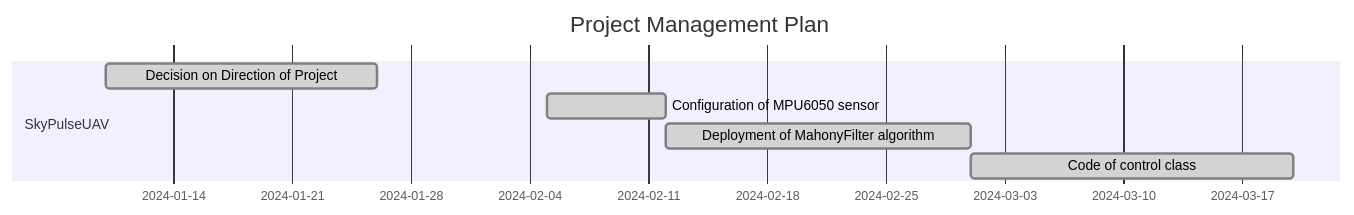
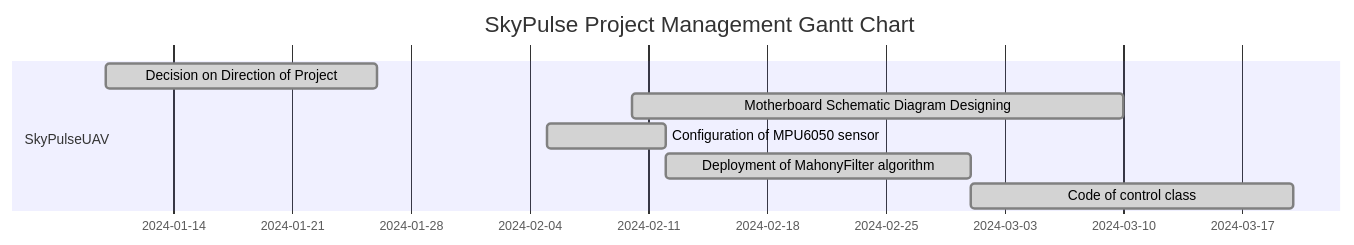
The diagram in README.md (Tony-Btian/SkyPulseUAV), drawn with Mermaid before and after one commit. The commit also changed other lines of this file, not shown here.

````diff
--- a/README.md
+++ b/README.md
@@ -39,12 +79,13 @@
 ```mermaid
 gantt
-    title Project Management Plan
+    title SkyPulse Project Management Gantt Chart
     dateFormat  YYYY-MM-DD
     section SkyPulseUAV
-	todayMarker off
-    Decision on Direction of Project     :done,   des1, 2024-01-10,2024-01-26
-    Configuration of MPU6050 sensor     :done,    des2, 2024-02-05, 2024-02-12
-    Deployment of MahonyFilter algorithm    :done,    des3, after des2, 2024-03-01
-    Code of control class  :done, des4, after des3, 2024-03-20
+    todayMarker off
+    Decision on Direction of Project       :done, des1, 2024-01-10, 2024-01-26
+    Motherboard Schematic Diagram Designing:done, des2, 2024-02-10, 2024-03-10
+    Configuration of MPU6050 sensor        :done, des2, 2024-02-05, 2024-02-12
+    Deployment of MahonyFilter algorithm   :done, des3, after des2, 2024-03-01
+    Code of control class  		   :done, des4, after des3, 2024-03-20
 
 ```
````
